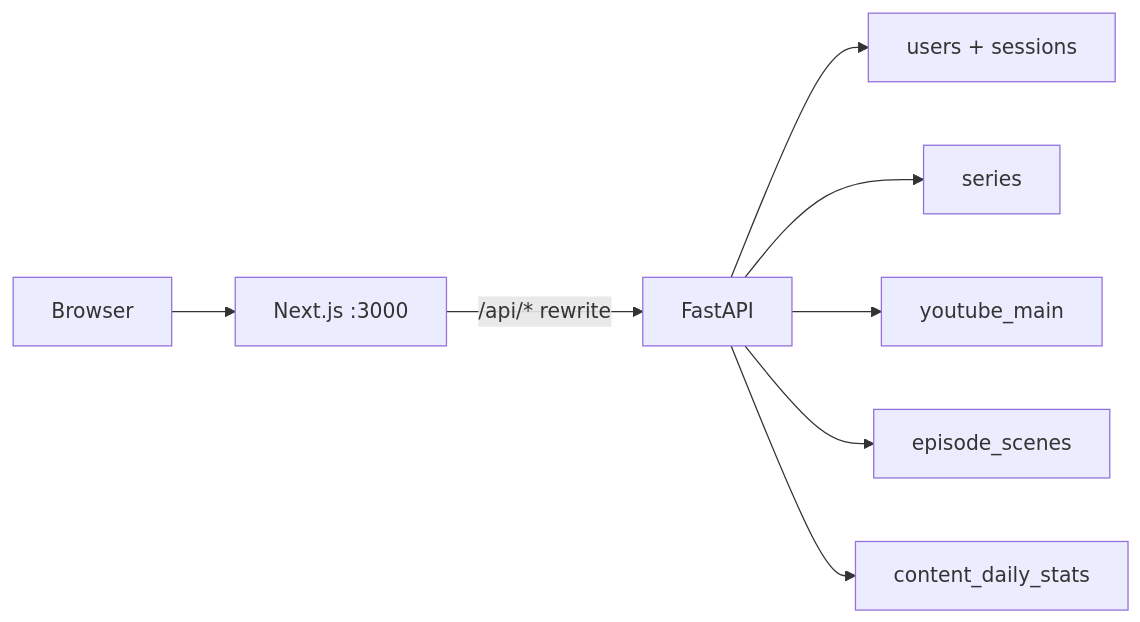
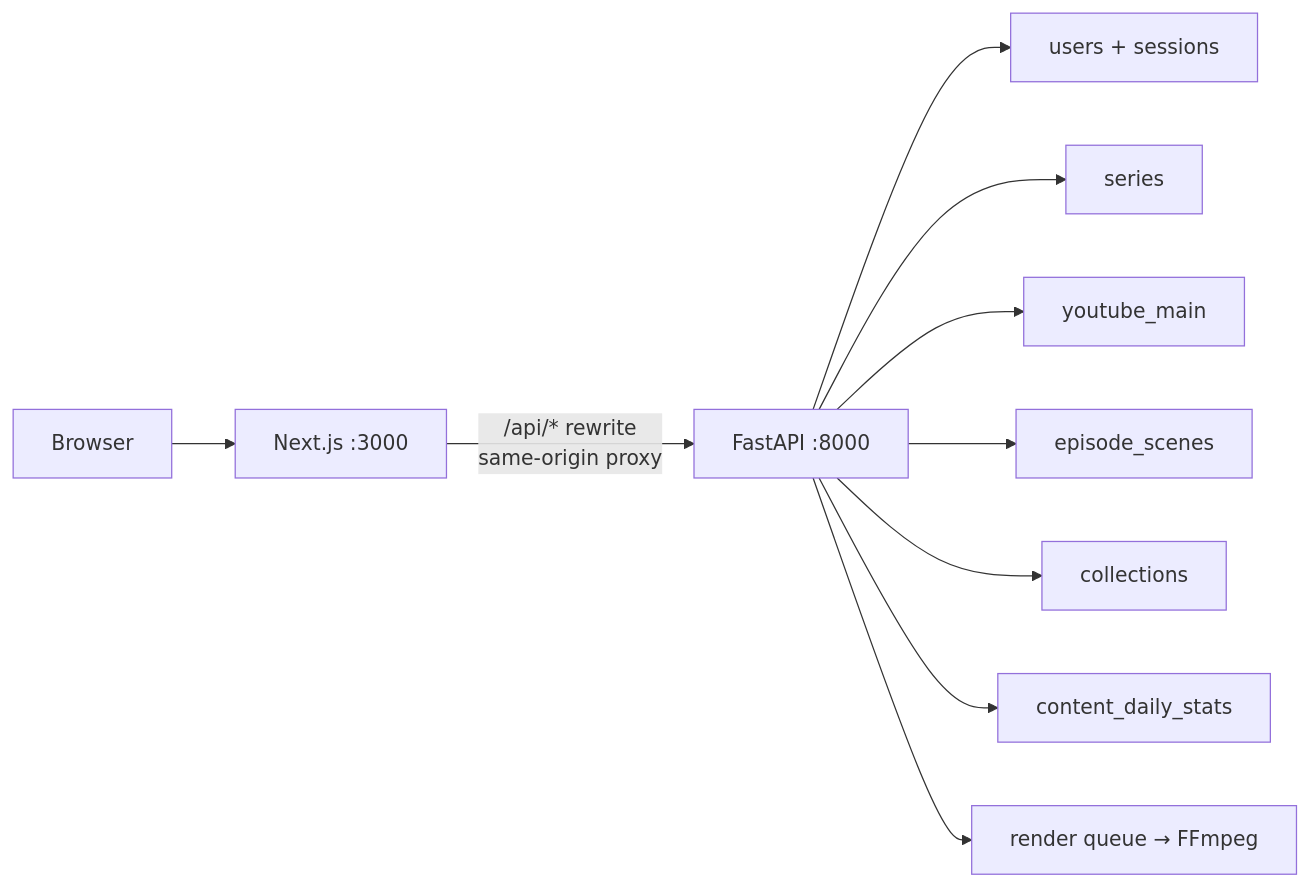
Before and after one commit to irAbs174/YouTube-Content-Manager: the first of 2 diagrams in .cursor/plans/auth_lab_emulator_792938f7.plan.md, drawn with Mermaid. The commit also changed other lines of this file and 40 other files, not shown here.

````diff
--- a/.cursor/plans/auth_lab_emulator_792938f7.plan.md
+++ b/.cursor/plans/auth_lab_emulator_792938f7.plan.md
@@ -41,10 +41,12 @@
 ```mermaid
 flowchart LR
   Browser --> Next["Next.js :3000"]
-  Next -->|"/api/* rewrite"| API["FastAPI"]
+  Next -->|"/api/* rewrite<br/>same-origin proxy"| API["FastAPI :8000"]
   API --> Auth["users + sessions"]
   API --> Series["series"]
   API --> Main["youtube_main"]
   API --> Scenes["episode_scenes"]
+  API --> Coll["collections"]
   API --> Stats["content_daily_stats"]
+  API --> Q["render queue → FFmpeg"]
 ```
````
